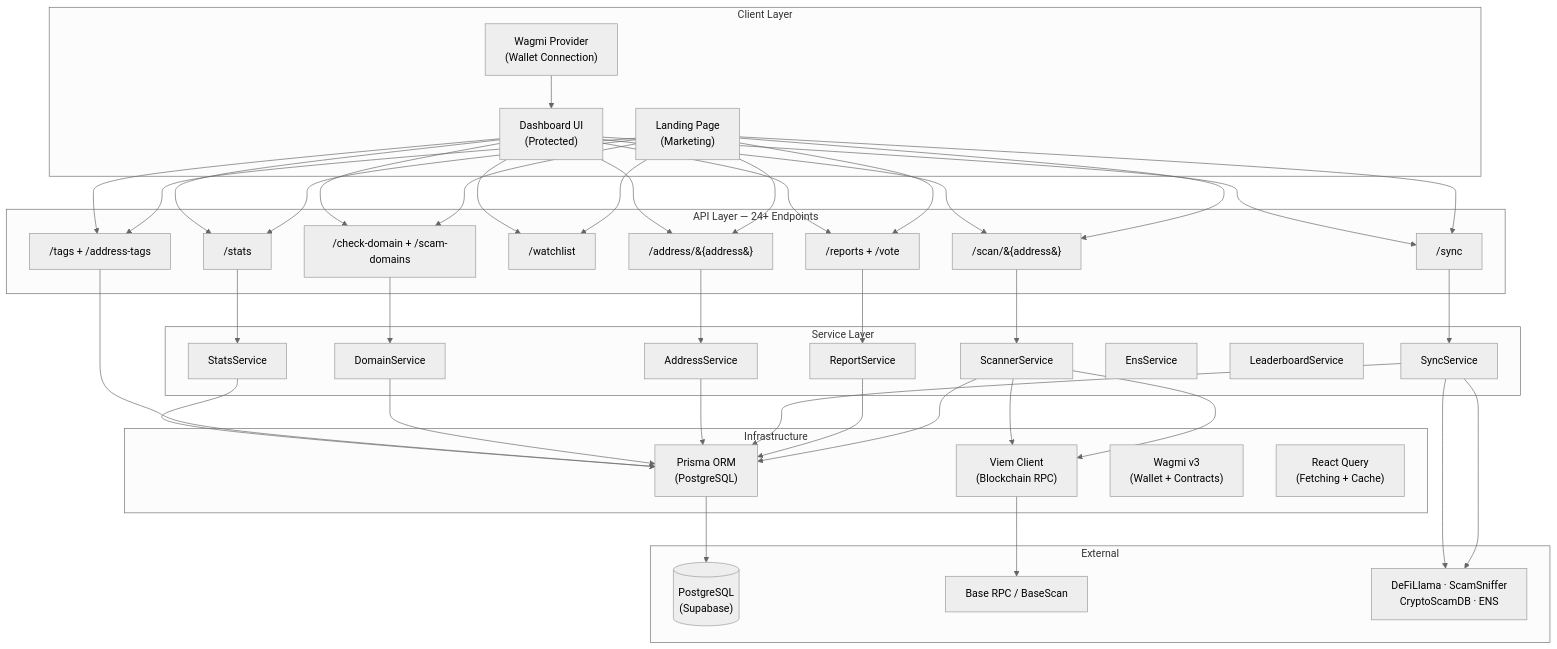
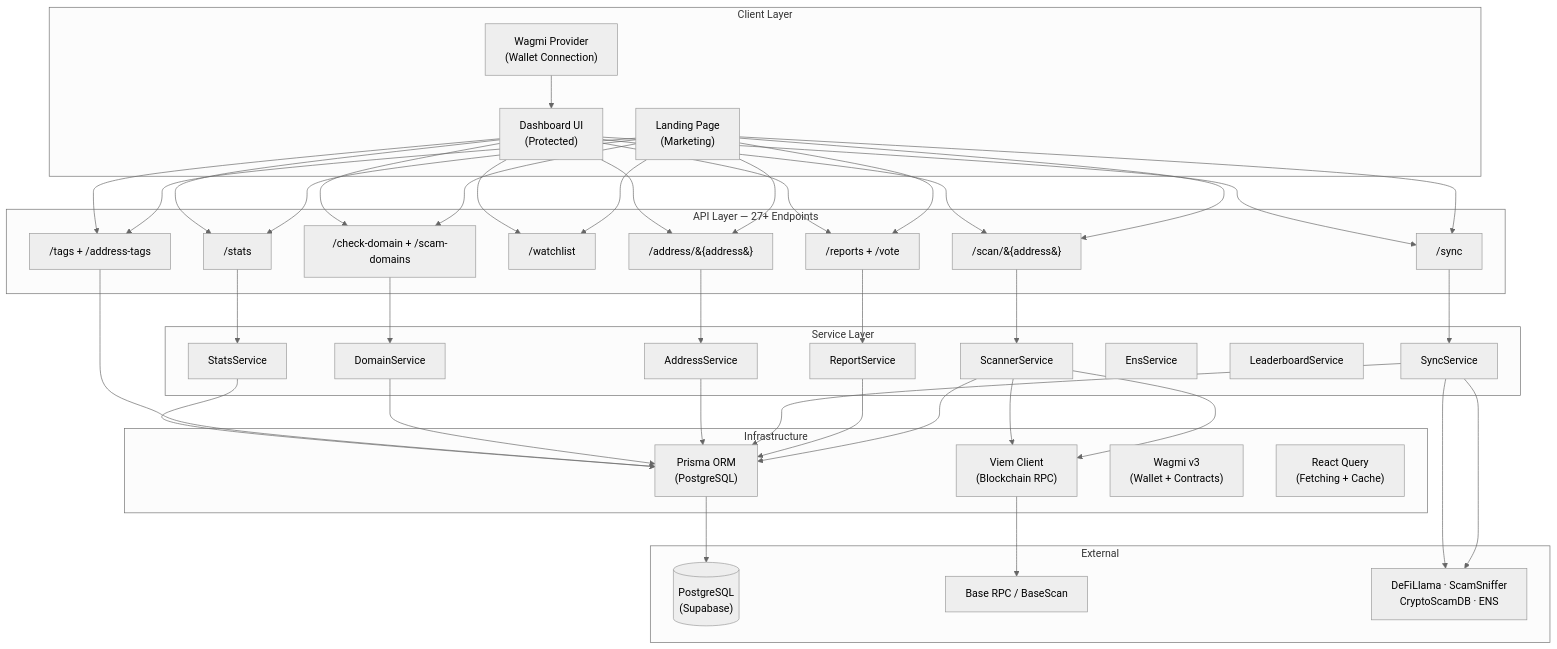
One commit to artomily/doman changed the sixth of 9 diagrams in README.md. Above: the diagram before and after it, drawn with Mermaid (neutral theme). The commit also changed other lines of this file, not shown here.

Commit message:
docs(README): update documentation for API endpoints and improve clarity

````diff
--- a/README.md
+++ b/README.md
@@ -216,59 +216,59 @@
 ```mermaid
 graph TB
     subgraph "Client Layer"
         LP["Landing Page<br/>(Marketing)"]
         DB["Dashboard UI<br/>(Protected)"]
         WP["Wagmi Provider<br/>(Wallet Connection)"]
     end
 
-    subgraph "API Layer — 24+ Endpoints"
+    subgraph "API Layer — 27+ Endpoints"
         SCAN["/scan/&#123;address&#125;"]
         ADDR["/address/&#123;address&#125;"]
         REP["/reports + /vote"]
         WL["/watchlist"]
         SYNC["/sync"]
         STAT["/stats"]
         TAGS["/tags + /address-tags"]
         DOM["/check-domain + /scam-domains"]
     end
 
     subgraph "Service Layer"
         SS["ScannerService"]
         RS["ReportService"]
         SY["SyncService"]
         AS["AddressService"]
         DS["DomainService"]
         ES["EnsService"]
         LS["LeaderboardService"]
         ST["StatsService"]
     end
 
     subgraph "Infrastructure"
         PR["Prisma ORM<br/>(PostgreSQL)"]
         VI["Viem Client<br/>(Blockchain RPC)"]
         WA["Wagmi v3<br/>(Wallet + Contracts)"]
         RQ["React Query<br/>(Fetching + Cache)"]
     end
 
     subgraph "External"
         PG[("PostgreSQL<br/>(Supabase)")]
         BC["Base RPC / BaseScan"]
         EXT["DeFiLlama · ScamSniffer<br/>CryptoScamDB · ENS"]
     end
 
     LP & DB --> SCAN & ADDR & REP & WL & SYNC & STAT & TAGS & DOM
     WP --> DB
 
     SCAN --> SS --> VI & PR
     REP --> RS --> PR
     SYNC --> SY --> EXT & PR
     ADDR --> AS --> PR
     DOM --> DS --> PR
     TAGS --> PR
     STAT --> ST --> PR
 
     PR --> PG
     VI --> BC
     SS --> VI
     SY --> EXT
 ```
````
